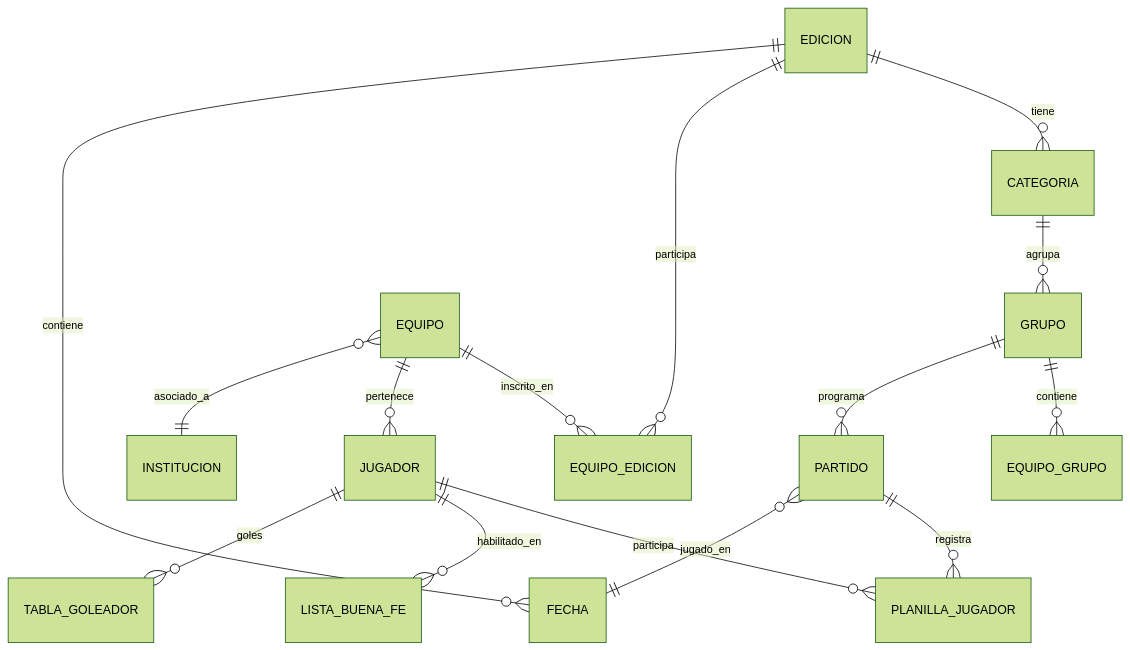
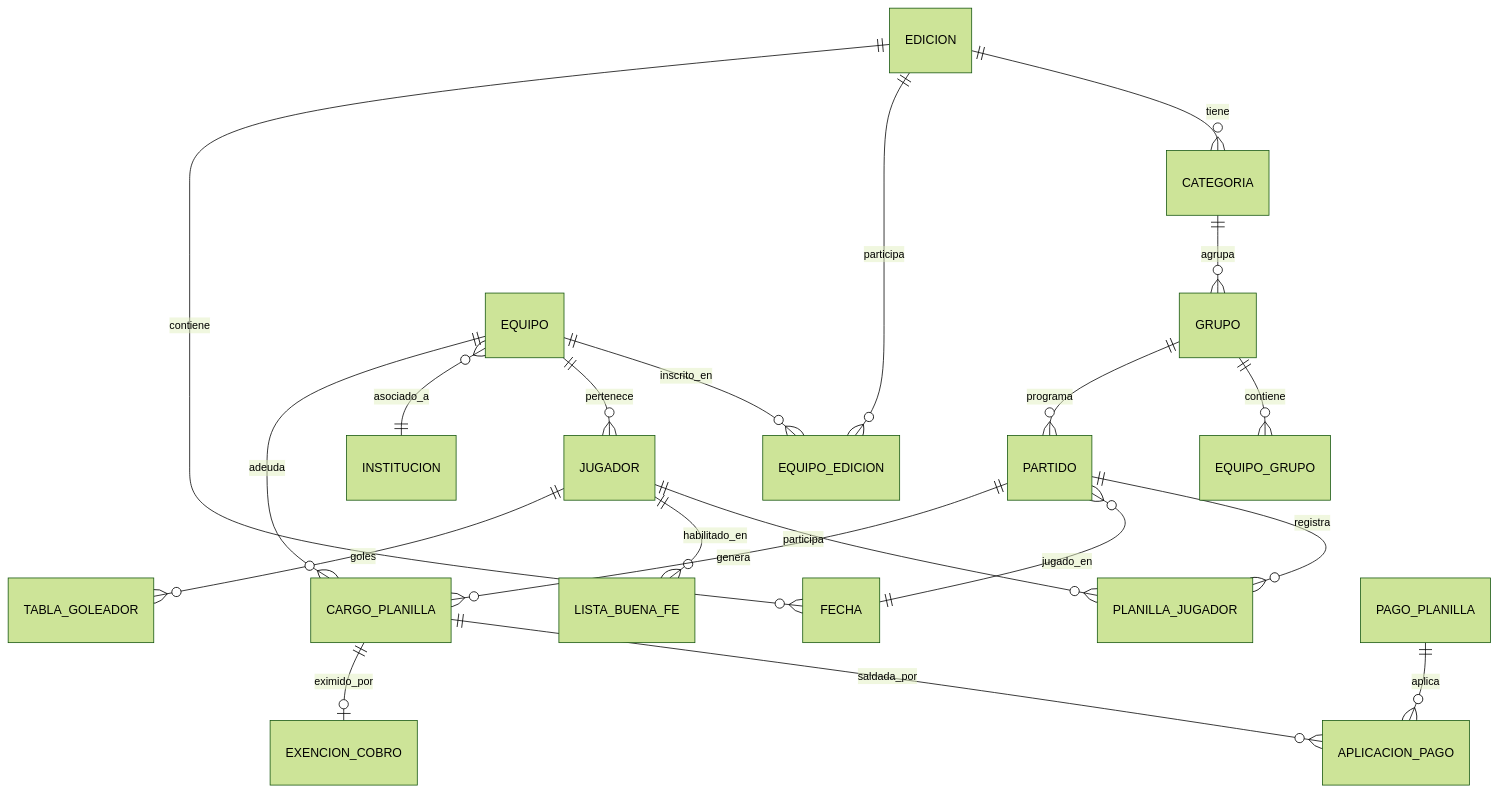
Before and after one commit to Facudominguez7/Torneo-Mitai: the diagram in README.md, drawn with Mermaid (forest theme). The commit also changed other lines of this file, not shown here.

Commit message:
docs(readme): actualizar funcionalidades, testing y diagrama de cobros

````diff
--- a/README.md
+++ b/README.md
@@ -52,17 +57,22 @@
 ```mermaid
 erDiagram
     EDICION ||--o{ CATEGORIA : tiene
     EDICION ||--o{ EQUIPO_EDICION : participa
     EDICION ||--o{ FECHA : contiene
     CATEGORIA ||--o{ GRUPO : agrupa
     EQUIPO ||--o{ EQUIPO_EDICION : inscrito_en
     EQUIPO ||--o{ JUGADOR : pertenece
     EQUIPO }o--|| INSTITUCION : asociado_a
     GRUPO ||--o{ EQUIPO_GRUPO : contiene
     GRUPO ||--o{ PARTIDO : programa
     PARTIDO ||--o{ PLANILLA_JUGADOR : registra
     PARTIDO }o--|| FECHA : jugado_en
     JUGADOR ||--o{ PLANILLA_JUGADOR : participa
     JUGADOR ||--o{ LISTA_BUENA_FE : habilitado_en
     JUGADOR ||--o{ TABLA_GOLEADOR : goles
+    EQUIPO ||--o{ CARGO_PLANILLA : adeuda
+    PARTIDO ||--o{ CARGO_PLANILLA : genera
+    CARGO_PLANILLA ||--o{ APLICACION_PAGO : saldada_por
+    PAGO_PLANILLA ||--o{ APLICACION_PAGO : aplica
+    CARGO_PLANILLA ||--o| EXENCION_COBRO : eximido_por
 ```
````
